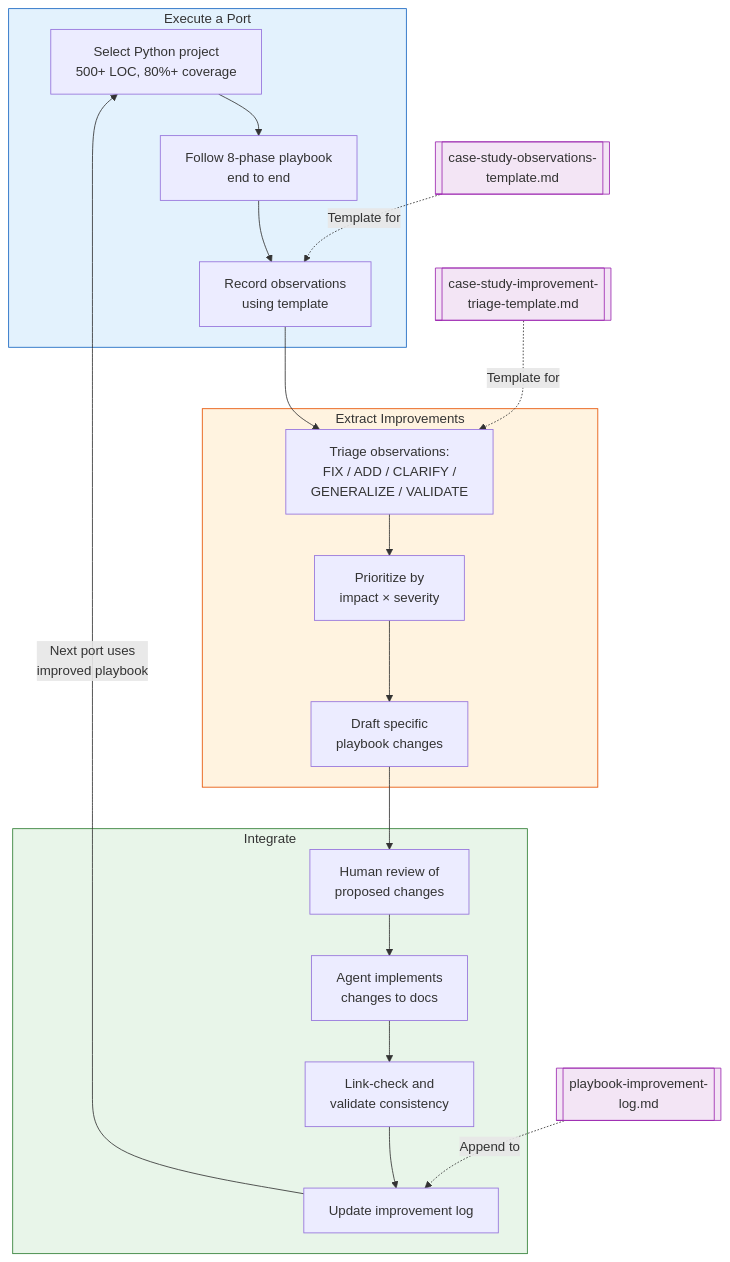
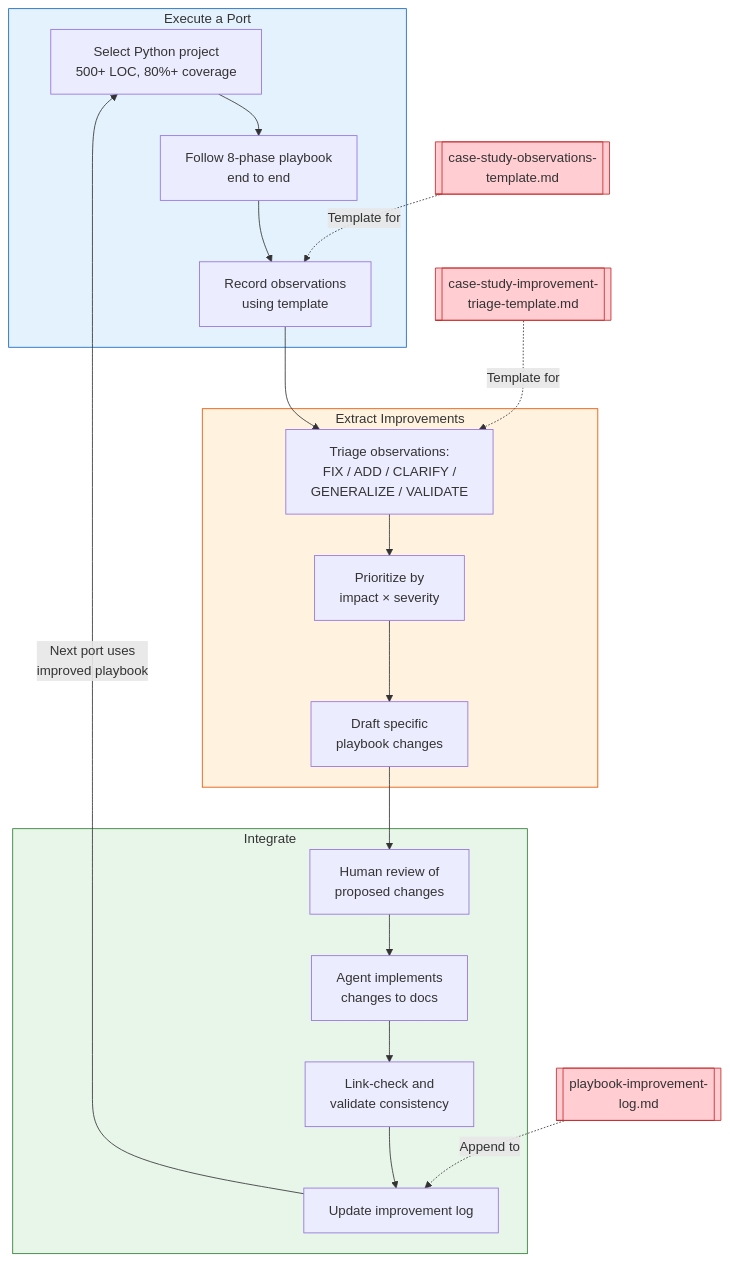
One commit to jlevy/rust-porting-playbook changed the fourth of 6 diagrams in docs/project/playbook-flow-analysis.md. Above: the diagram before and after it, drawn with Mermaid.

Commit message:
Use coral fill for document nodes to contrast with purple subgraphs
https://claude.ai/code/session_0148Xw5B6j32TK4eNk3cRojC

````diff
--- a/docs/project/playbook-flow-analysis.md
+++ b/docs/project/playbook-flow-analysis.md
@@ -307,39 +307,39 @@
 ```mermaid
 flowchart TD
     subgraph execute["Execute a Port"]
         SELECT[Select Python project<br/>500+ LOC, 80%+ coverage]
         FOLLOW[Follow 8-phase playbook<br/>end to end]
         OBSERVE[Record observations<br/>using template]
         SELECT --> FOLLOW --> OBSERVE
     end
 
     subgraph extract["Extract Improvements"]
         TRIAGE[Triage observations:<br/>FIX / ADD / CLARIFY /<br/>GENERALIZE / VALIDATE]
         PRIORITIZE[Prioritize by<br/>impact × severity]
         DRAFT[Draft specific<br/>playbook changes]
         TRIAGE --> PRIORITIZE --> DRAFT
     end
 
     subgraph integrate["Integrate"]
         REVIEW_HUMAN[Human review of<br/>proposed changes]
         IMPLEMENT[Agent implements<br/>changes to docs]
         VERIFY[Link-check and<br/>validate consistency]
         UPDATE_LOG[Update improvement log]
         REVIEW_HUMAN --> IMPLEMENT --> VERIFY --> UPDATE_LOG
     end
 
     OBSERVE --> TRIAGE
     DRAFT --> REVIEW_HUMAN
     UPDATE_LOG -->|"Next port uses<br/>improved playbook"| SELECT
 
     OBS_T[["case-study-observations-<br/>template.md"]] -.->|Template for| OBSERVE
     TRI_T[["case-study-improvement-<br/>triage-template.md"]] -.->|Template for| TRIAGE
     IMP_LOG[["playbook-improvement-<br/>log.md"]] -.->|Append to| UPDATE_LOG
 
     style execute fill:#e3f2fd,stroke:#1565C0
     style extract fill:#fff3e0,stroke:#E65100
     style integrate fill:#e8f5e9,stroke:#2E7D32
-    style OBS_T fill:#f3e5f5,stroke:#9C27B0
-    style TRI_T fill:#f3e5f5,stroke:#9C27B0
-    style IMP_LOG fill:#f3e5f5,stroke:#9C27B0
+    style OBS_T fill:#ffcdd2,stroke:#C62828
+    style TRI_T fill:#ffcdd2,stroke:#C62828
+    style IMP_LOG fill:#ffcdd2,stroke:#C62828
 ```
````
